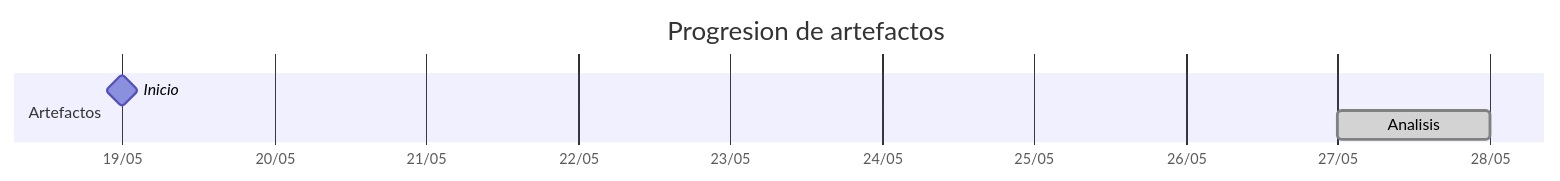
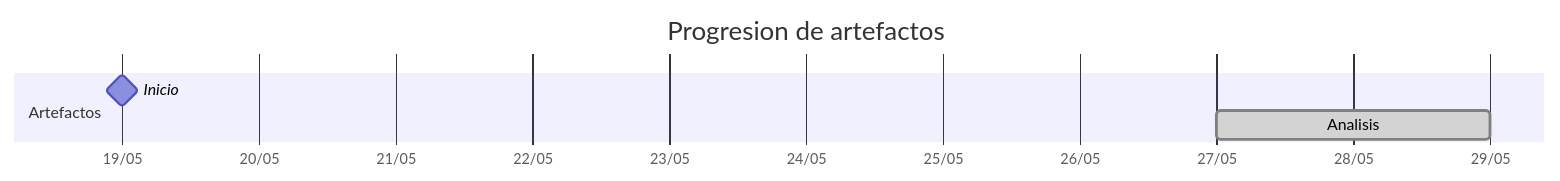
The diagram in TIMELINES/Andecochea.md (carlos-alvarado-25/25-26-idsw2-sdVC), drawn with Mermaid before and after one commit. The commit also changed other lines of this file and 25 other files, not shown here.

````diff
--- a/TIMELINES/Andecochea.md
+++ b/TIMELINES/Andecochea.md
@@ -17,9 +21,9 @@
 ```mermaid
 gantt
     title Progresion de artefactos
     dateFormat YYYY-MM-DD
     axisFormat %d/%m
     section Artefactos
         Inicio       :milestone, 2026-05-19, 0d
-        Analisis     :done, 2026-05-27, 2026-05-28
+        Analisis     :done, 2026-05-27, 2026-05-29
 ```
````
